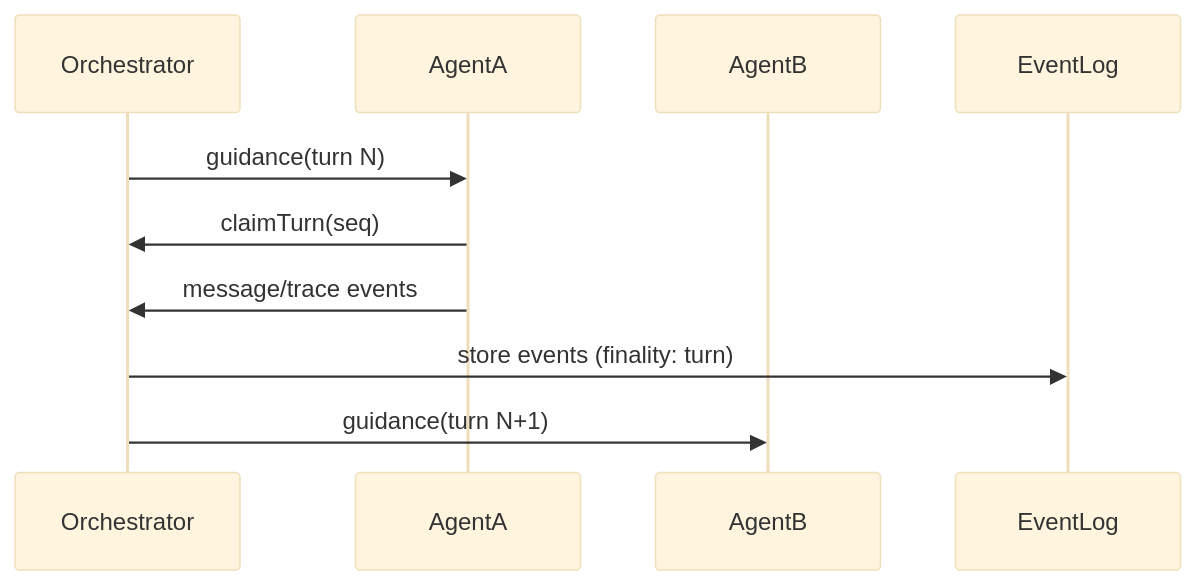
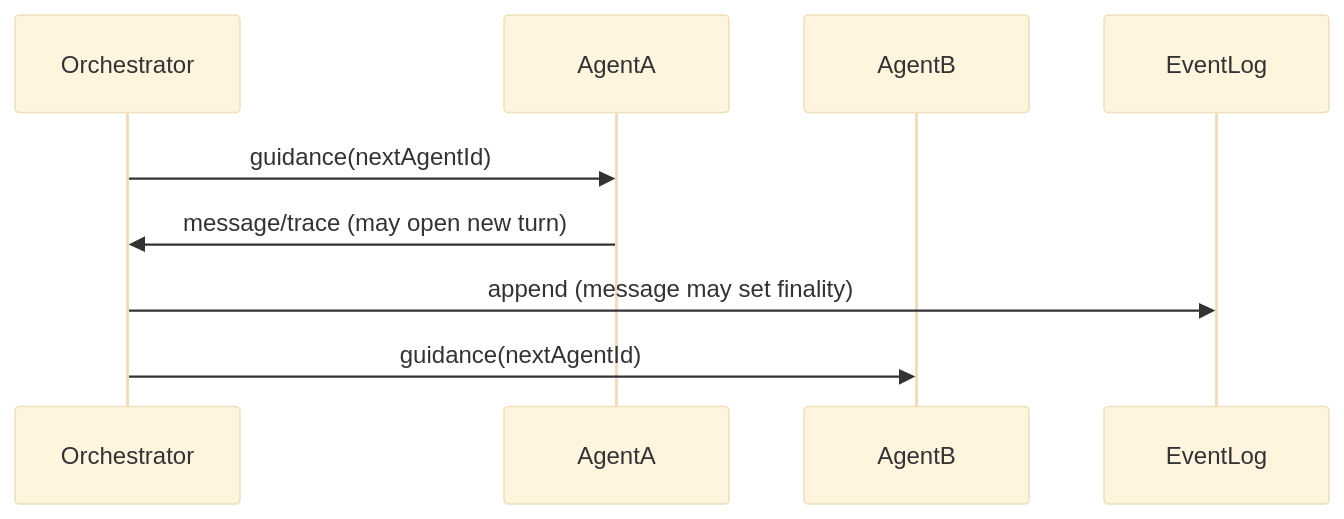
The second of 3 diagrams in README.md (jmandel/banterop), drawn with Mermaid (base theme) before and after one commit. The commit also changed other lines of this file and 22 other files, not shown here.

````diff
--- a/README.md
+++ b/README.md
@@ -185,12 +187,11 @@
 ```mermaid
 sequenceDiagram
     participant Orchestrator
     participant AgentA
     participant AgentB
 
-    Orchestrator->>AgentA: guidance(turn N)
-    AgentA->>Orchestrator: claimTurn(seq)
-    AgentA->>Orchestrator: message/trace events
-    Orchestrator->>EventLog: store events (finality: turn)
-    Orchestrator->>AgentB: guidance(turn N+1)
+    Orchestrator->>AgentA: guidance(nextAgentId)
+    AgentA->>Orchestrator: message/trace (may open new turn)
+    Orchestrator->>EventLog: append (message may set finality)
+    Orchestrator->>AgentB: guidance(nextAgentId)
 ```
````
